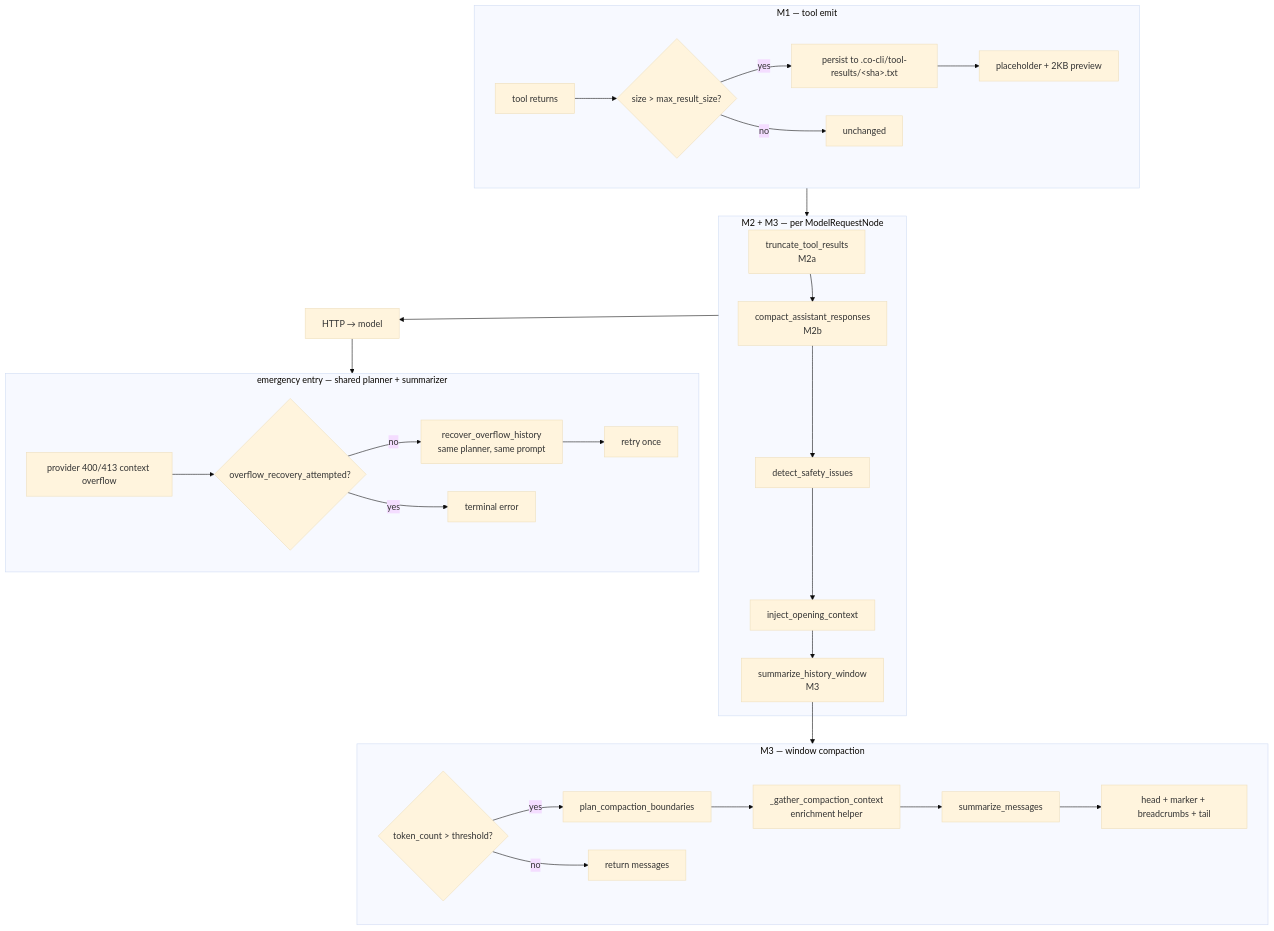
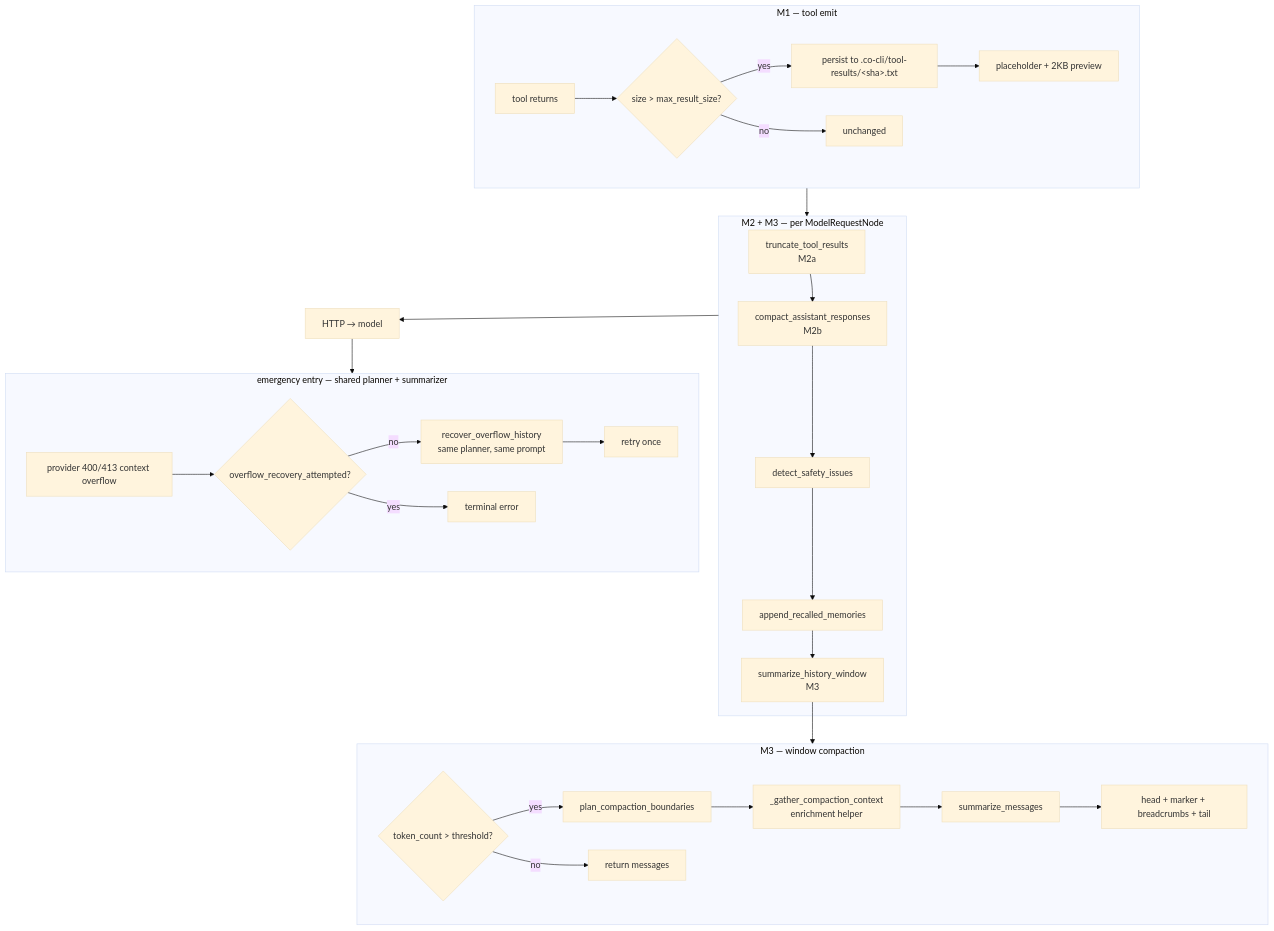
Before and after one commit to binlecode/co-cli: the first of 7 diagrams in docs/specs/compaction.md, drawn with Mermaid (base theme). The commit also changed other lines of this file and 18 other files, not shown here.

````diff
--- a/docs/specs/compaction.md
+++ b/docs/specs/compaction.md
@@ -58,44 +58,44 @@
 ```mermaid
 flowchart TD
     subgraph Emit["M1 — tool emit"]
         T[tool returns]
         T --> S{size &gt; max_result_size?}
         S -->|yes| P[persist to .co-cli/tool-results/&lt;sha&gt;.txt]
         P --> Ph[placeholder + 2KB preview]
         S -->|no| Pass[unchanged]
     end
 
     subgraph PerReq["M2 + M3 — per ModelRequestNode"]
         R1[truncate_tool_results<br/>M2a]
         R2[compact_assistant_responses<br/>M2b]
         R3[detect_safety_issues]
-        R4[inject_opening_context]
+        R4[append_recalled_memories]
         R5[summarize_history_window<br/>M3]
         R1 --> R2 --> R3 --> R4 --> R5
     end
 
     subgraph Window["M3 — window compaction"]
         T1{token_count &gt; threshold?}
         T2[plan_compaction_boundaries]
         T3[_gather_compaction_context<br/>enrichment helper]
         T4[summarize_messages]
         T5[head + marker + breadcrumbs + tail]
         T1 -->|yes| T2 --> T3 --> T4 --> T5
         T1 -->|no| Pass2[return messages]
     end
 
     subgraph Overflow["emergency entry — shared planner + summarizer"]
         O1[provider 400/413 context overflow]
         O2{overflow_recovery_attempted?}
         O3[recover_overflow_history<br/>same planner, same prompt]
         O4[retry once]
         O1 --> O2
         O2 -->|no| O3 --> O4
         O2 -->|yes| O6[terminal error]
     end
 
     Emit --> PerReq
     R5 --> Window
     PerReq --> HTTP[HTTP → model]
     HTTP --> Overflow
 ```
````
